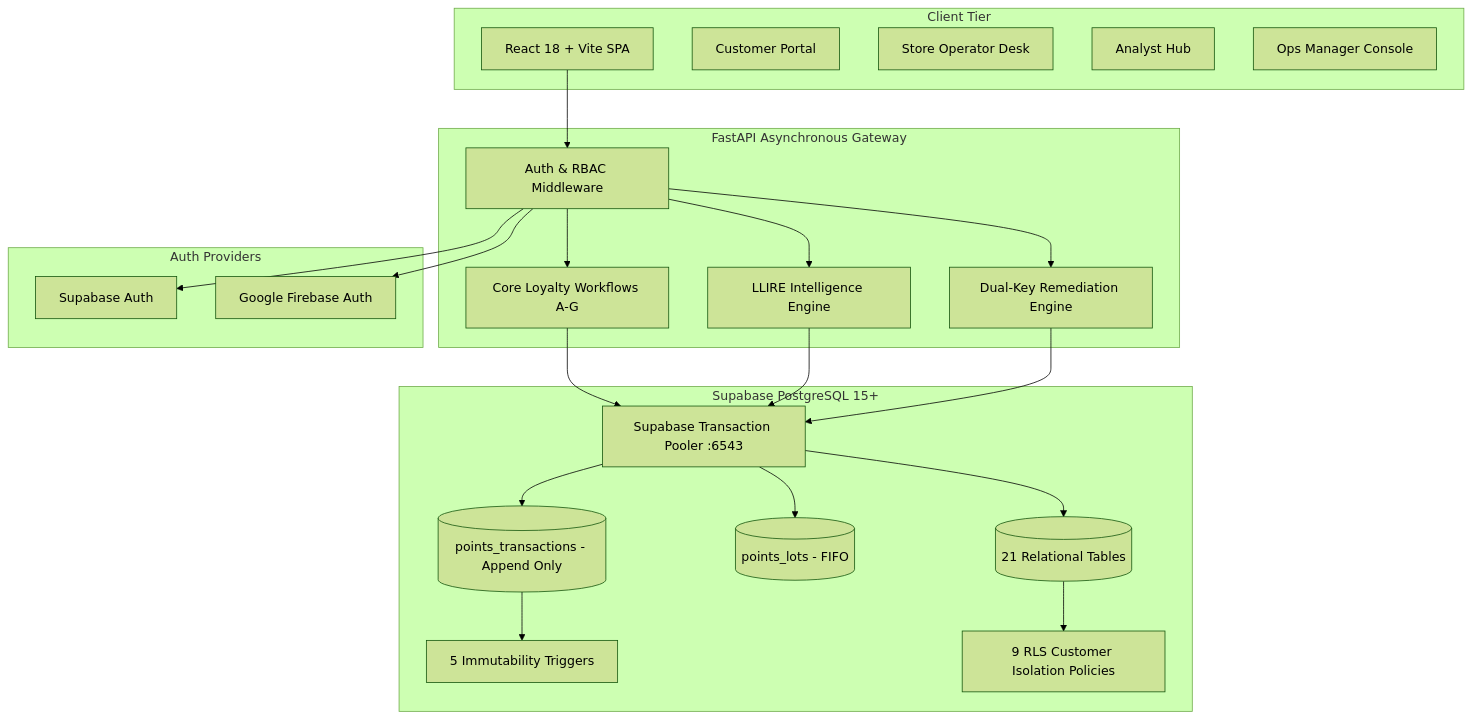
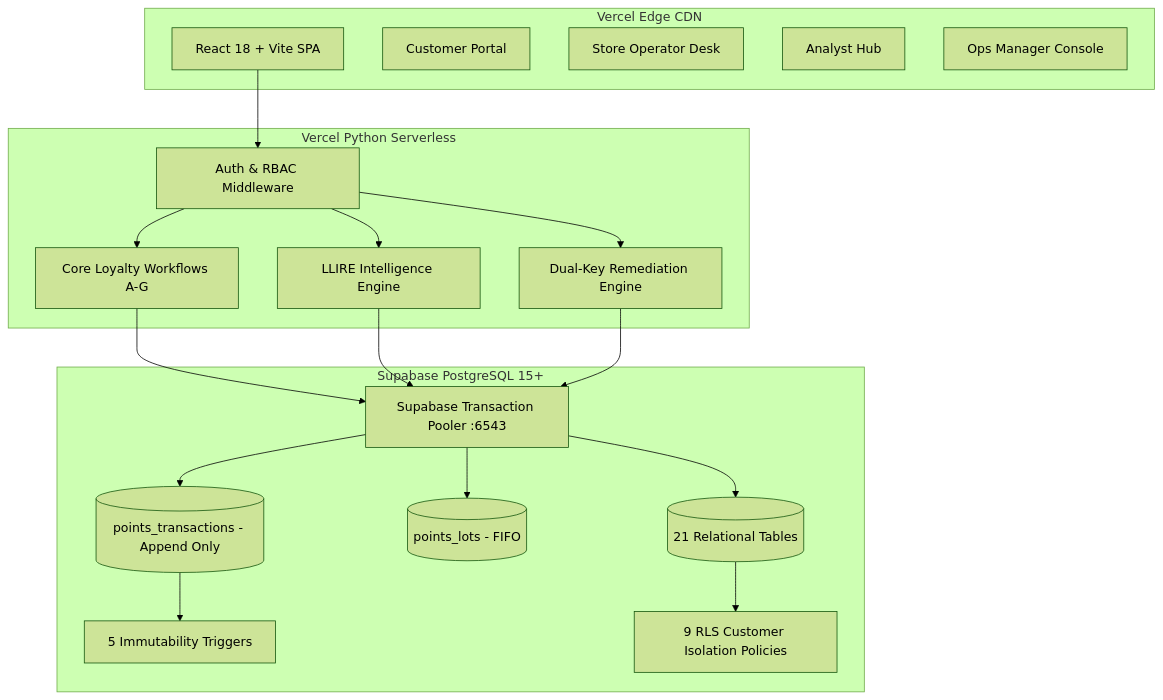
One commit to dandetejaswini/LoyaltyOS changed the first of 2 diagrams in docs/ARCHITECTURE.md. Above: the diagram before and after it, drawn with Mermaid (forest theme). The commit also changed other lines of this file and 14 other files, not shown here.

````diff
--- a/docs/ARCHITECTURE.md
+++ b/docs/ARCHITECTURE.md
@@ -13,46 +13,39 @@
 ```mermaid
 flowchart TD
-    subgraph Client Tier
+    subgraph Client Tier [Vercel Edge CDN]
         UI[React 18 + Vite SPA]
         CP[Customer Portal]
         OP[Store Operator Desk]
         AH[Analyst Hub]
         OM[Ops Manager Console]
     end
 
-    subgraph API Tier [FastAPI Asynchronous Gateway]
+    subgraph API Tier [Vercel Python Serverless]
         AUTH[Auth & RBAC Middleware]
         WF[Core Loyalty Workflows A-G]
         LLIRE[LLIRE Intelligence Engine]
         REM[Dual-Key Remediation Engine]
     end
 
     subgraph Data Tier [Supabase PostgreSQL 15+]
         POOLER[Supabase Transaction Pooler :6543]
         JOURNAL[(points_transactions - Append Only)]
         LOTS[(points_lots - FIFO)]
         MODELS[(21 Relational Tables)]
         TRIGGERS[5 Immutability Triggers]
         RLS[9 RLS Customer Isolation Policies]
     end
 
-    subgraph Auth Providers
-        SB_AUTH[Supabase Auth]
-        FB_AUTH[Google Firebase Auth]
-    end
-
     UI --> AUTH
-    AUTH --> SB_AUTH
-    AUTH --> FB_AUTH
     AUTH --> WF
     AUTH --> LLIRE
     AUTH --> REM
     WF --> POOLER
     LLIRE --> POOLER
     REM --> POOLER
     POOLER --> JOURNAL
     POOLER --> LOTS
     POOLER --> MODELS
     JOURNAL --> TRIGGERS
     MODELS --> RLS
 ```
````
